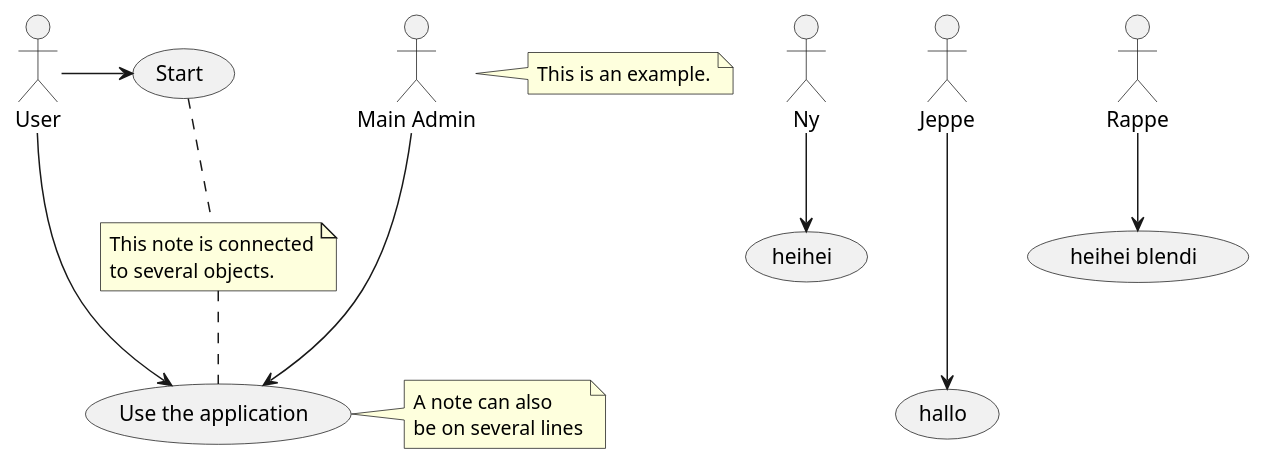
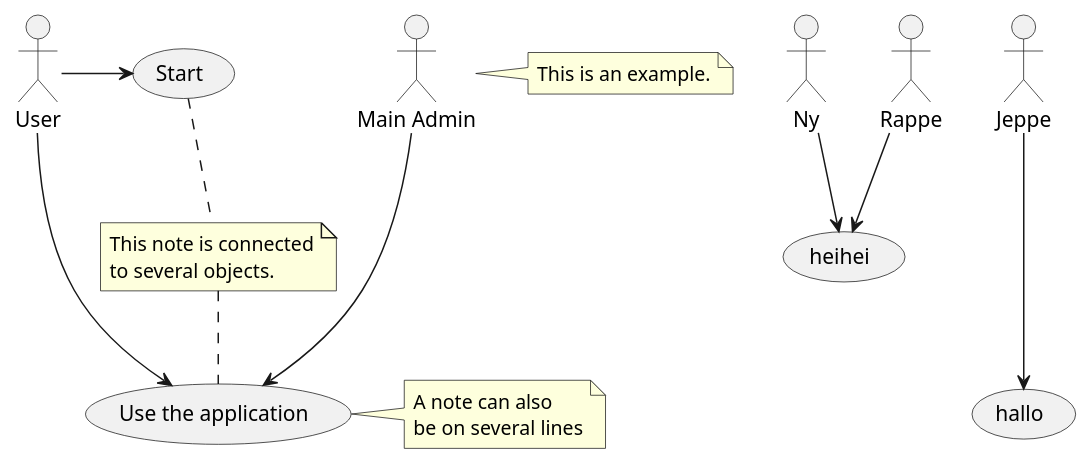
Before and after one commit to SetGruppe6/diagrammer: the diagram in usecase.puml, drawn with PlantUML.

Commit message:
tingitng

```diff
--- a/usecase.puml
+++ b/usecase.puml
@@ -1,27 +1,27 @@
 @startuml
 :Main Admin: as Admin
 (Use the application) as (Use)
 
 User -> (Start)
 User --> (Use)
 
 Admin ---> (Use)
 
 
 Ny--> (heihei)
 Jeppe---> (hallo)
-Rappe --> (heihei blendi)
+Rappe --> (heihei)
 
 
 
 note right of Admin : This is an example.
 
 note right of (Use)
 A note can also
 be on several lines
 end note
 
 note "This note is connected\nto several objects." as N2
 (Start) .. N2
 N2 .. (Use)
 @enduml
```
